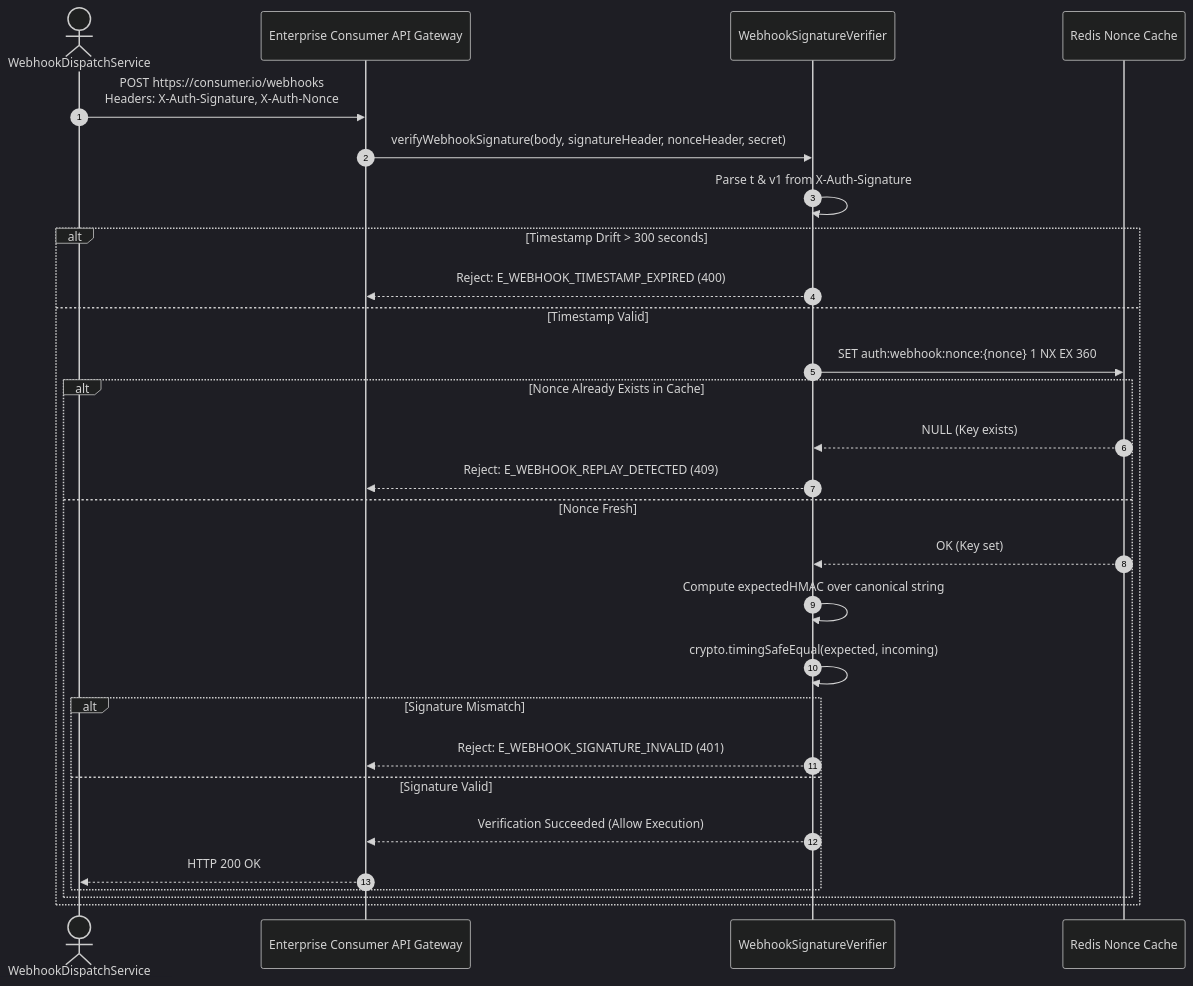
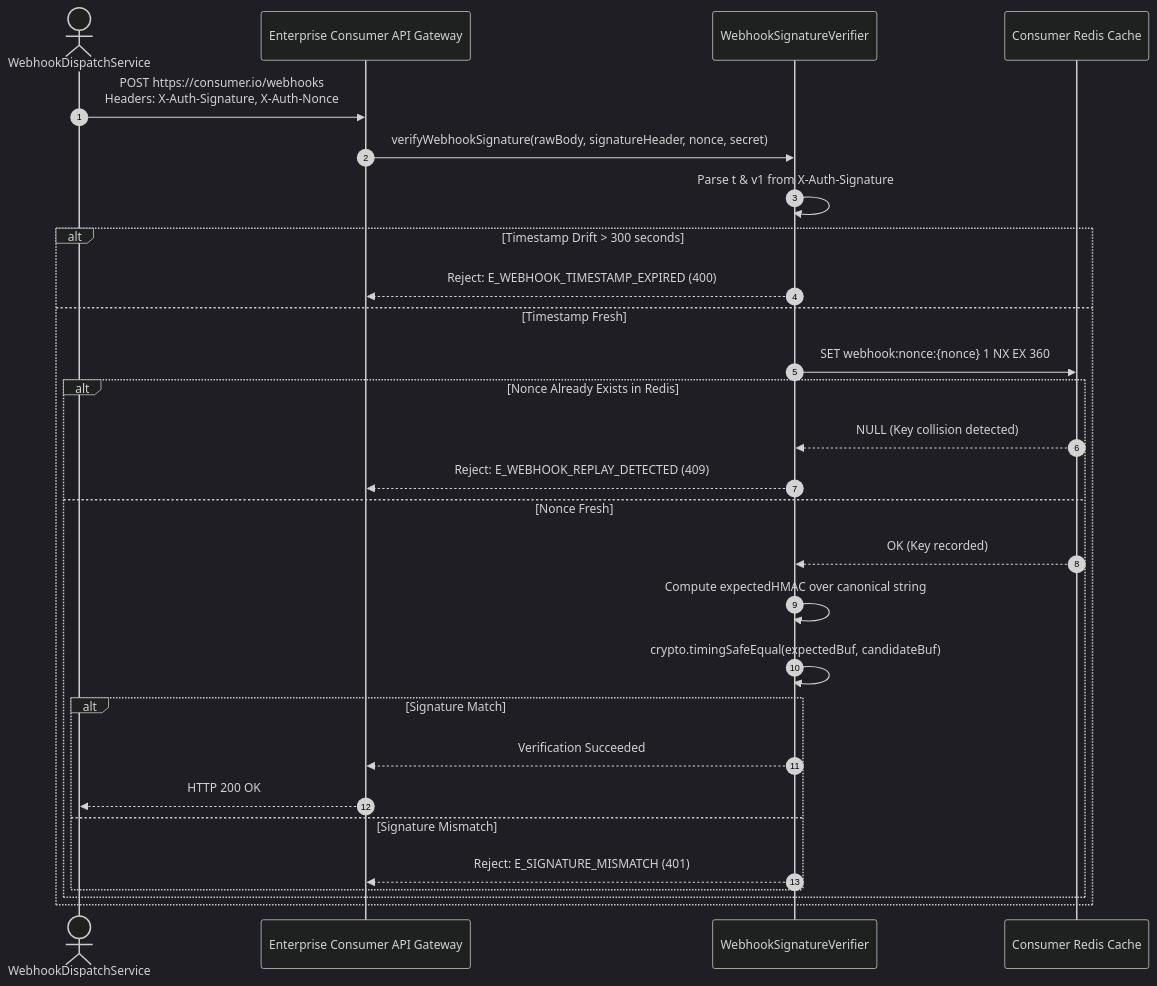
The eighth of 8 diagrams in adr/0033-webhook-cryptographic-signatures-and-anti-replay-nonces.md (Scaibu/auth), drawn with Mermaid (dark theme) before and after one commit. The commit also changed other lines of this file and 12 other files, not shown here.

````diff
--- a/adr/0033-webhook-cryptographic-signatures-and-anti-replay-nonces.md
+++ b/adr/0033-webhook-cryptographic-signatures-and-anti-replay-nonces.md
@@ -126,31 +377,31 @@
 ```mermaid
 sequenceDiagram
     autonumber
-    actor Service as WebhookDispatchService
+    actor Svc as WebhookDispatchService
     participant Consumer as Enterprise Consumer API Gateway
     participant Verifier as WebhookSignatureVerifier
-    participant Cache as Redis Nonce Cache
+    participant Redis as Consumer Redis Cache
 
-    Service->>Consumer: POST https://consumer.io/webhooks<br/>Headers: X-Auth-Signature, X-Auth-Nonce
-    Consumer->>Verifier: verifyWebhookSignature(body, signatureHeader, nonceHeader, secret)
+    Svc->>Consumer: POST https://consumer.io/webhooks<br/>Headers: X-Auth-Signature, X-Auth-Nonce
+    Consumer->>Verifier: verifyWebhookSignature(rawBody, signatureHeader, nonce, secret)
     Verifier->>Verifier: Parse t & v1 from X-Auth-Signature
     alt Timestamp Drift > 300 seconds
         Verifier-->>Consumer: Reject: E_WEBHOOK_TIMESTAMP_EXPIRED (400)
-    else Timestamp Valid
-        Verifier->>Cache: SET auth:webhook:nonce:{nonce} 1 NX EX 360
-        alt Nonce Already Exists in Cache
-            Cache-->>Verifier: NULL (Key exists)
+    else Timestamp Fresh
+        Verifier->>Redis: SET webhook:nonce:{nonce} 1 NX EX 360
+        alt Nonce Already Exists in Redis
+            Redis-->>Verifier: NULL (Key collision detected)
             Verifier-->>Consumer: Reject: E_WEBHOOK_REPLAY_DETECTED (409)
         else Nonce Fresh
-            Cache-->>Verifier: OK (Key set)
+            Redis-->>Verifier: OK (Key recorded)
             Verifier->>Verifier: Compute expectedHMAC over canonical string
-            Verifier->>Verifier: crypto.timingSafeEqual(expected, incoming)
-            alt Signature Mismatch
-                Verifier-->>Consumer: Reject: E_WEBHOOK_SIGNATURE_INVALID (401)
-            else Signature Valid
-                Verifier-->>Consumer: Verification Succeeded (Allow Execution)
-                Consumer-->>Service: HTTP 200 OK
+            Verifier->>Verifier: crypto.timingSafeEqual(expectedBuf, candidateBuf)
+            alt Signature Match
+                Verifier-->>Consumer: Verification Succeeded
+                Consumer-->>Svc: HTTP 200 OK
+            else Signature Mismatch
+                Verifier-->>Consumer: Reject: E_SIGNATURE_MISMATCH (401)
             end
         end
     end
 ```
````
